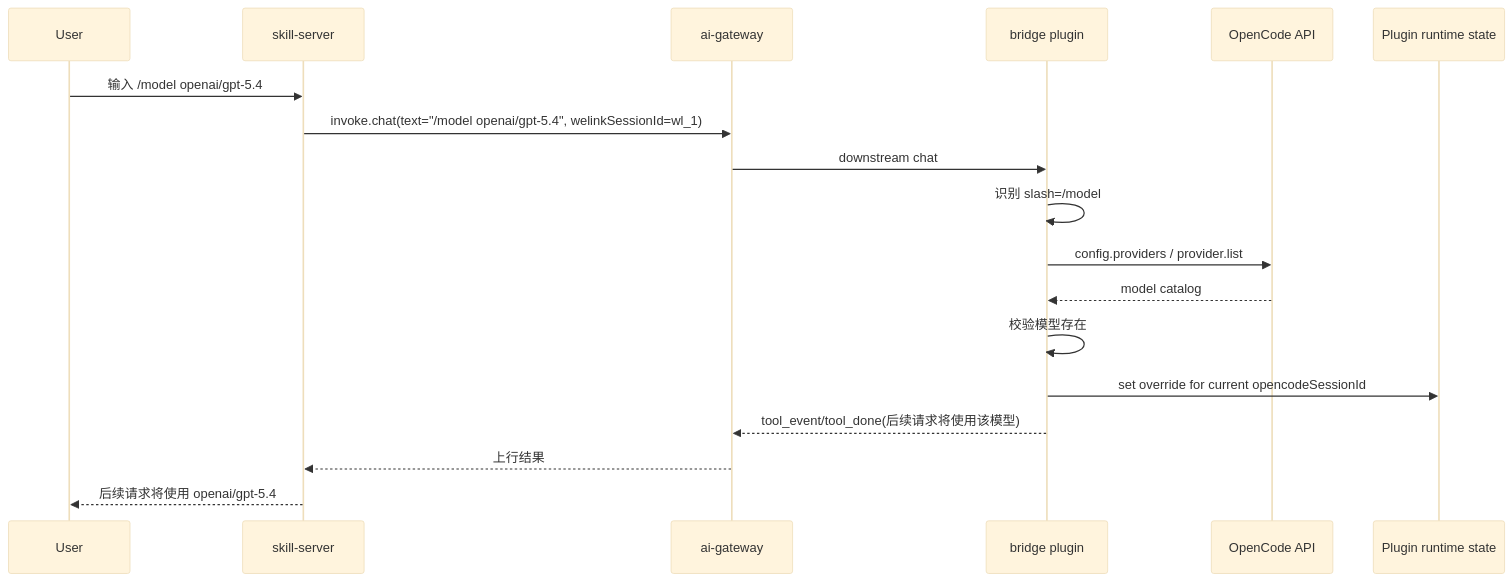
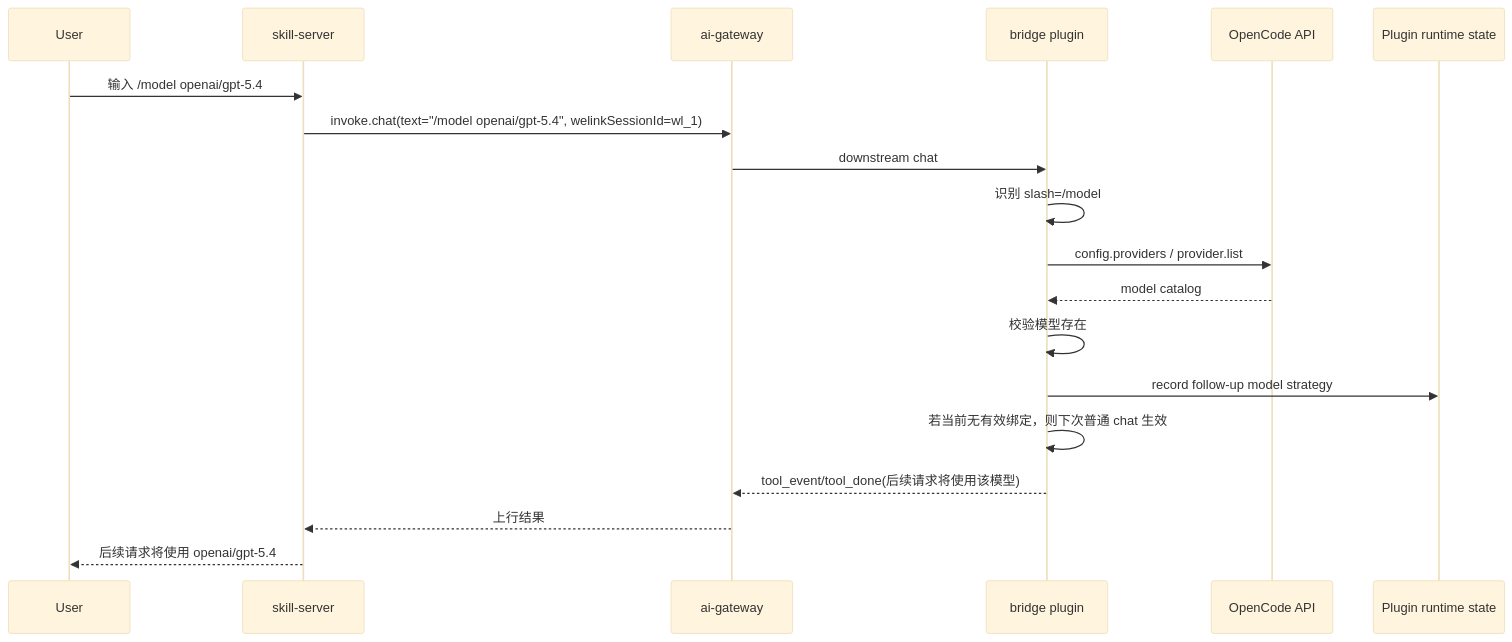
Before and after one commit to yuzhangCZ/agent-plugin: the sixth of 14 diagrams in docs/design/message-bridge-slash-commands-solution.md, drawn with Mermaid (base theme). The commit also changed other lines of this file and 45 other files, not shown here.

Commit message:
feat: add slash command control plane flow

````diff
--- a/docs/design/message-bridge-slash-commands-solution.md
+++ b/docs/design/message-bridge-slash-commands-solution.md
@@ -671,21 +707,22 @@
 ```mermaid
 sequenceDiagram
   participant U as User
   participant SS as skill-server
   participant GW as ai-gateway
   participant MB as bridge plugin
   participant OC as OpenCode API
   participant ST as Plugin runtime state
 
   U->>SS: 输入 /model openai/gpt-5.4
   SS->>GW: invoke.chat(text="/model openai/gpt-5.4", welinkSessionId=wl_1)
   GW->>MB: downstream chat
   MB->>MB: 识别 slash=/model
   MB->>OC: config.providers / provider.list
   OC-->>MB: model catalog
   MB->>MB: 校验模型存在
-  MB->>ST: set override for current opencodeSessionId
+  MB->>ST: record follow-up model strategy
+  MB->>MB: 若当前无有效绑定，则下次普通 chat 生效
   MB-->>GW: tool_event/tool_done(后续请求将使用该模型)
   GW-->>SS: 上行结果
   SS-->>U: 后续请求将使用 openai/gpt-5.4
 ```
````
